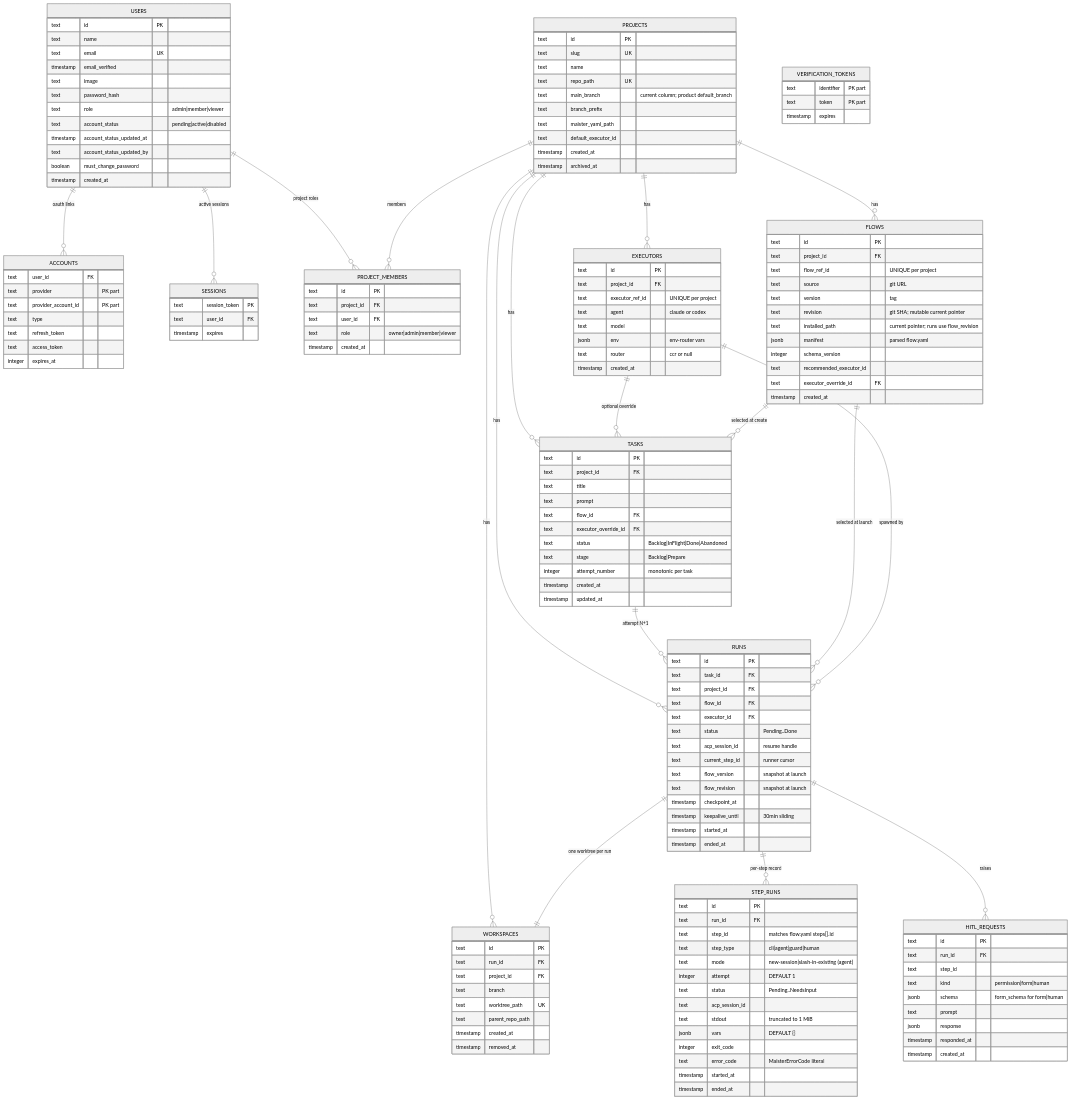
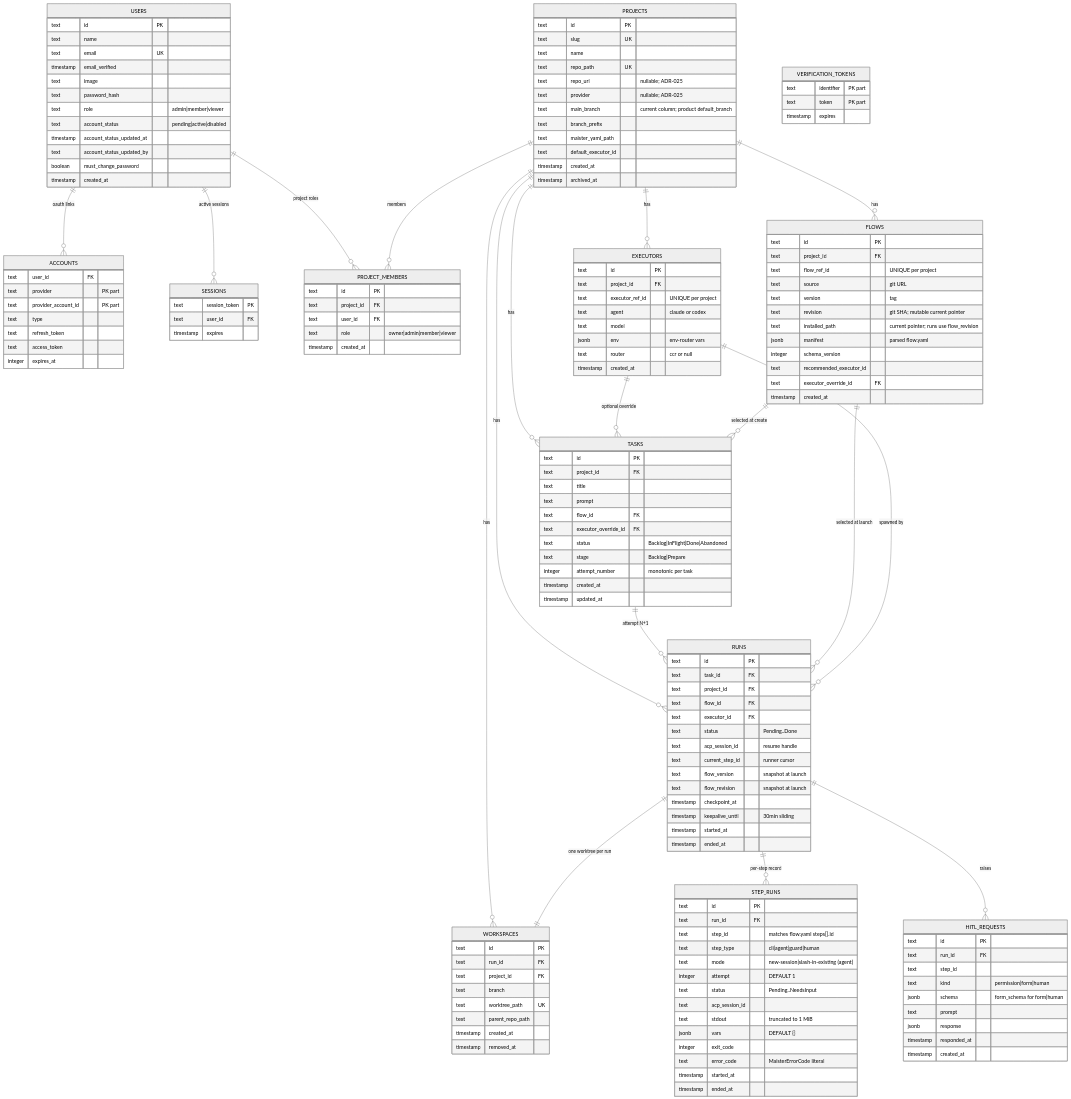
One commit to maister-dev/maister changed the diagram in docs/db/erd.md. Above: the diagram before and after it, drawn with Mermaid (neutral theme). The commit also changed 37 other files, not shown here.

```diff
--- a/docs/db/erd.md
+++ b/docs/db/erd.md
@@ -79,6 +79,8 @@
         text slug UK
         text name
         text repo_path UK
+        text repo_url "nullable; ADR-025"
+        text provider "nullable; ADR-025"
         text main_branch "current column; product default_branch"
         text branch_prefix
         text maister_yaml_path
```
